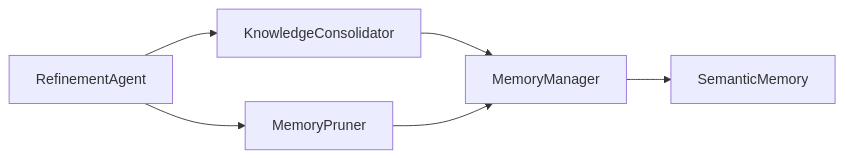
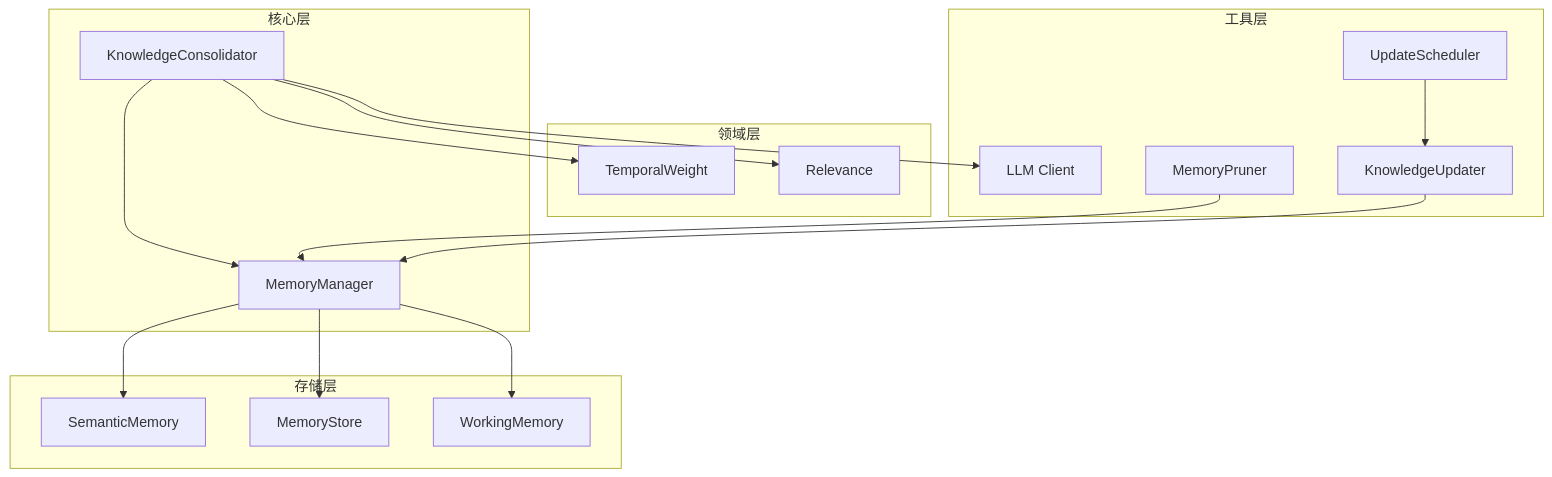
Before and after one commit to JieGaoPrinceton/NecoRAG: diagram 12 of 12 in .qoder/repowiki/zh/content/巩固层模块/知识固化系统.md, drawn with Mermaid. The commit also changed other lines of this file and 181 other files, not shown here.

````diff
--- a/.qoder/repowiki/zh/content/巩固层模块/知识固化系统.md
+++ b/.qoder/repowiki/zh/content/巩固层模块/知识固化系统.md
@@ -324,8 +395,32 @@
 ```mermaid
-graph LR
-Agent["RefinementAgent"] --> KC["KnowledgeConsolidator"]
-Agent --> MP["MemoryPruner"]
-KC --> MM["MemoryManager"]
-MP --> MM
-MM --> SM["SemanticMemory"]
+graph TB
+subgraph "核心层"
+KC["KnowledgeConsolidator"]
+MM["MemoryManager"]
+end
+subgraph "存储层"
+SM["SemanticMemory"]
+MS["MemoryStore"]
+WM["WorkingMemory"]
+end
+subgraph "领域层"
+TW["TemporalWeight"]
+RL["Relevance"]
+end
+subgraph "工具层"
+LLM["LLM Client"]
+PR["MemoryPruner"]
+UP["KnowledgeUpdater"]
+SCH["UpdateScheduler"]
+end
+KC --> MM
+KC --> LLM
+KC --> TW
+KC --> RL
+MM --> SM
+MM --> MS
+MM --> WM
+PR --> MM
+UP --> MM
+SCH --> UP
 ```
````
